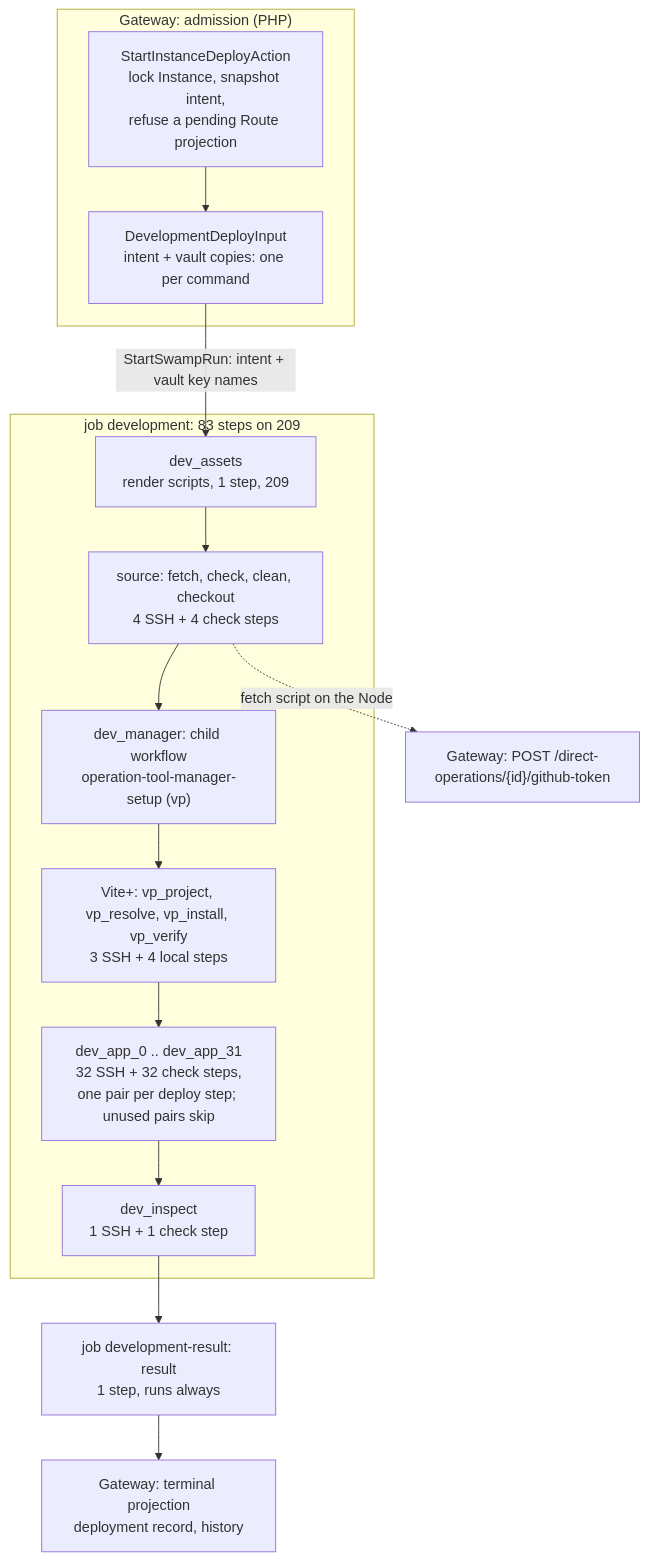
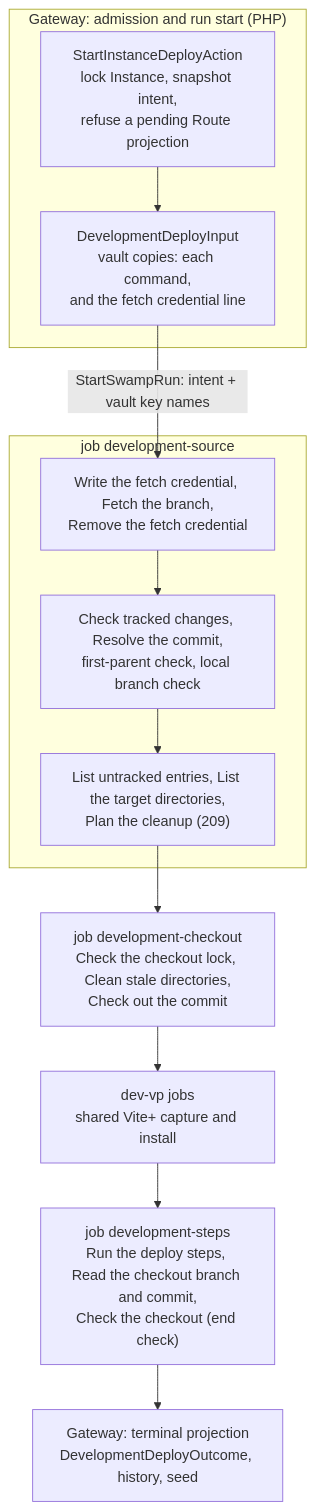
One commit to hardimpactdev/orbit changed the second of 4 diagrams in docs/swamp/diagrams/instance-deploy.md. Above: the diagram before and after it, drawn with Mermaid. The commit also changed other lines of this file and 26 other files, not shown here.

````diff
--- a/docs/swamp/diagrams/instance-deploy.md
+++ b/docs/swamp/diagrams/instance-deploy.md
@@ -92,26 +94,22 @@
 ```mermaid
 flowchart TD
-  subgraph GW1["Gateway: admission (PHP)"]
+  subgraph GW1["Gateway: admission and run start (PHP)"]
     A1["StartInstanceDeployAction<br/>lock Instance, snapshot intent,<br/>refuse a pending Route projection"]
-    A2["DevelopmentDeployInput<br/>intent + vault copies: one per command"]
+    A2["DevelopmentDeployInput<br/>vault copies: each command,<br/>and the fetch credential line"]
     A1 --> A2
   end
 
-  subgraph DEV["job development: 83 steps on 209"]
-    S0["dev_assets<br/>render scripts, 1 step, 209"]
-    S1["source: fetch, check, clean, checkout<br/>4 SSH + 4 check steps"]
-    S2["dev_manager: child workflow<br/>operation-tool-manager-setup (vp)"]
-    S3["Vite+: vp_project, vp_resolve, vp_install, vp_verify<br/>3 SSH + 4 local steps"]
-    S4["dev_app_0 .. dev_app_31<br/>32 SSH + 32 check steps,<br/>one pair per deploy step; unused pairs skip"]
-    S5["dev_inspect<br/>1 SSH + 1 check step"]
-    S0 --> S1 --> S2 --> S3 --> S4 --> S5
+  subgraph SRC["job development-source"]
+    S1["Write the fetch credential, Fetch the branch,<br/>Remove the fetch credential"]
+    S2["Check tracked changes, Resolve the commit,<br/>first-parent check, local branch check"]
+    S3["List untracked entries, List the target directories,<br/>Plan the cleanup (209)"]
+    S1 --> S2 --> S3
   end
+  C["job development-checkout<br/>Check the checkout lock, Clean stale directories,<br/>Check out the commit"]
+  V["dev-vp jobs<br/>shared Vite+ capture and install"]
+  D["job development-steps<br/>Run the deploy steps, Read the checkout branch and commit,<br/>Check the checkout (end check)"]
+  G["Gateway: terminal projection<br/>DevelopmentDeployOutcome, history, seed"]
 
-  R["job development-result: result<br/>1 step, runs always"]
-  G["Gateway: terminal projection<br/>deployment record, history"]
-  T["Gateway: POST /direct-operations/{id}/github-token"]
-
-  A2 -- "StartSwampRun: intent + vault key names" --> S0
-  S1 -. "fetch script on the Node" .-> T
-  S5 --> R --> G
+  A2 -- "StartSwampRun: intent + vault key names" --> S1
+  S3 --> C --> V --> D --> G
 ```
````
